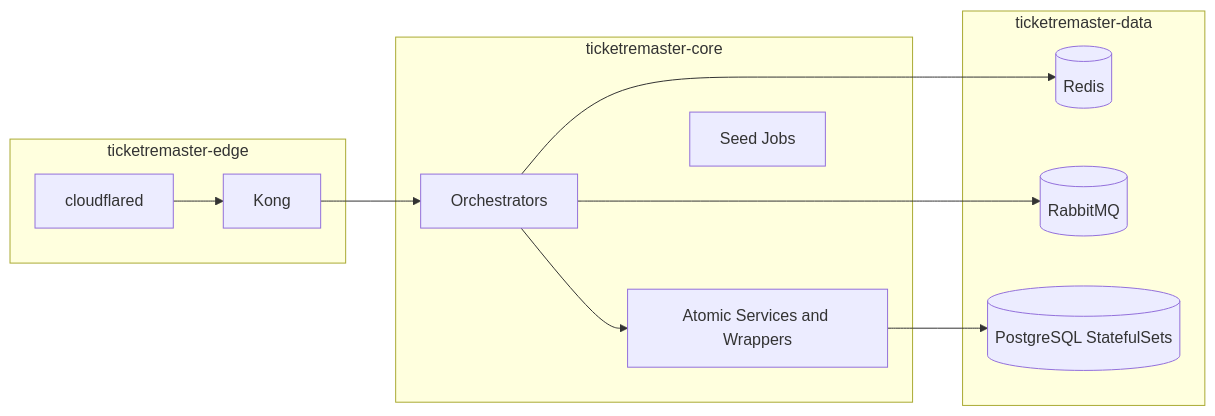
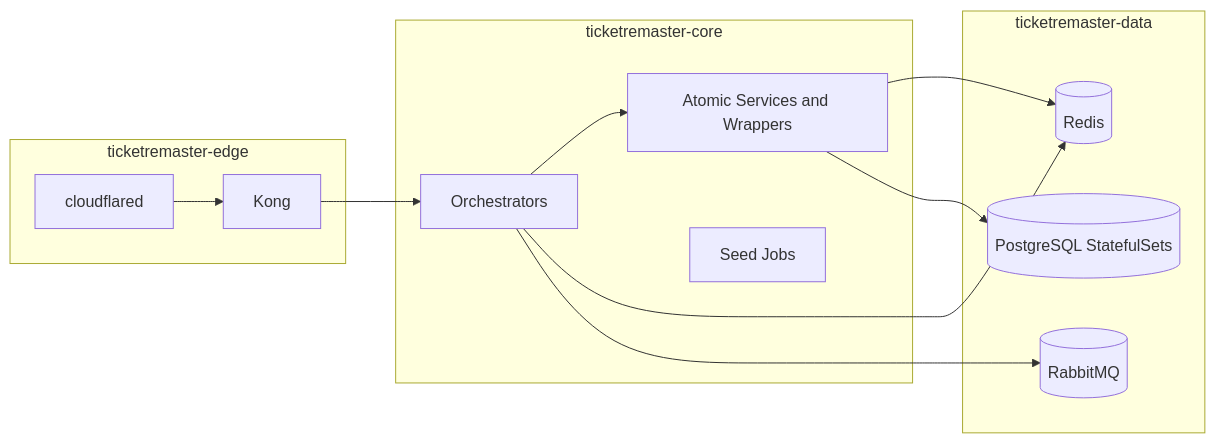
The diagram in diagrams/readme_layer_architecture.mmd (bryanseah234/ticketremaster-b), drawn with Mermaid before and after one commit. The commit also changed 50 other files, not shown here.

```diff
--- a/diagrams/readme_layer_architecture.mmd
+++ b/diagrams/readme_layer_architecture.mmd
@@ -1,24 +1,25 @@
 flowchart LR
     subgraph Edge[ticketremaster-edge]
         Tunnel2[cloudflared]
         Kong2[Kong]
     end
 
     subgraph Core[ticketremaster-core]
         Orch[Orchestrators]
         Atomic[Atomic Services and Wrappers]
         Jobs[Seed Jobs]
     end
 
     subgraph Data[ticketremaster-data]
         Redis2[(Redis)]
         Rabbit2[(RabbitMQ)]
         PG[(PostgreSQL StatefulSets)]
     end
 
     Tunnel2 --> Kong2
     Kong2 --> Orch
     Orch --> Atomic
+    Atomic --> Redis2
     Orch --> Redis2
     Orch --> Rabbit2
     Atomic --> PG
```
